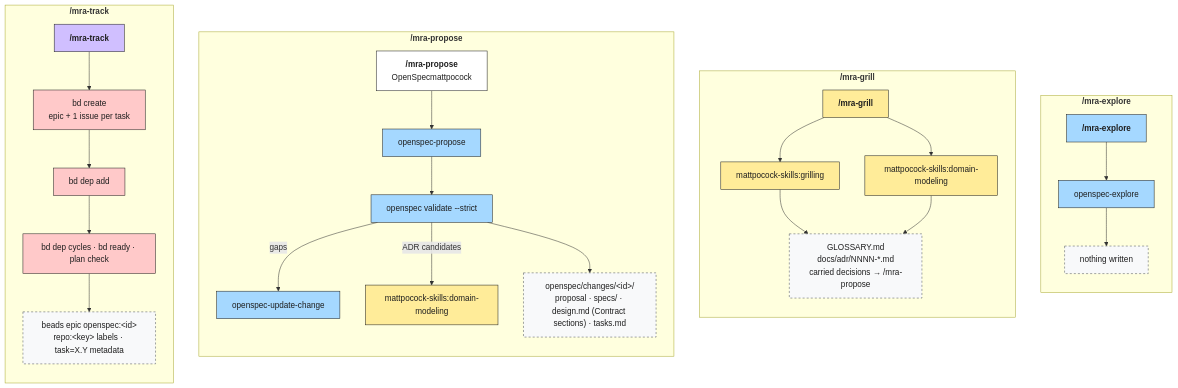
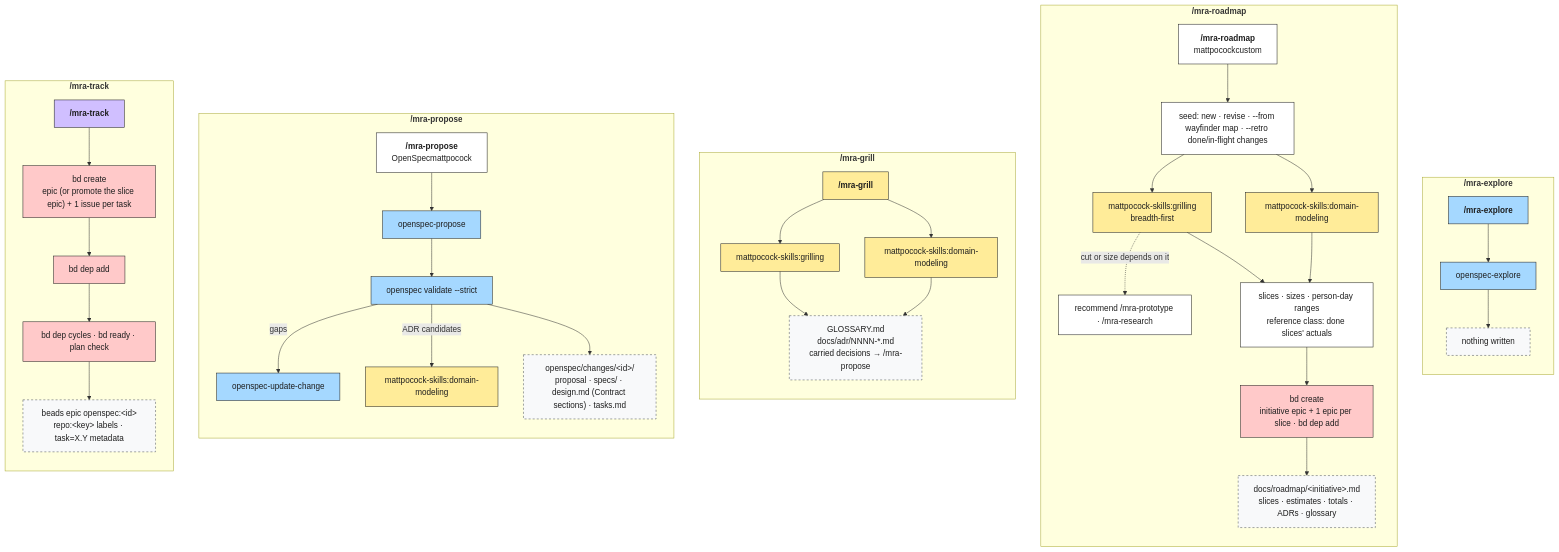
The second of 5 diagrams in payload/orchestrator/.mra-flow/docs/mra-flow.md (Ancora-Ancora/mra-flow), drawn with Mermaid before and after one commit. The commit also changed other lines of this file and 15 other files, not shown here.

First line of the commit message:
Add /mra-roadmap: initiative roadmap with estimated slices

````diff
--- a/payload/orchestrator/.mra-flow/docs/mra-flow.md
+++ b/payload/orchestrator/.mra-flow/docs/mra-flow.md
@@ -89,42 +101,53 @@
 ```mermaid
 %%{init: {"themeCSS": ".t{font-size:1.25em;font-weight:700} .bos,.bsp,.bmp,.bcu{padding:2px 6px} .bos{background:#a5d8ff} .bsp{background:#b2f2bb} .bmp{background:#ffec99} .bcu{background:#d0bfff}"}}%%
 flowchart TB
     classDef phase fill:#d0bfff,stroke:#1e1e1e,color:#1e1e1e
     classDef oswrap fill:#a5d8ff,stroke:#1e1e1e,color:#1e1e1e
     classDef striped fill:#ffffff,stroke:#1e1e1e,color:#1e1e1e
     classDef stripedopt fill:#ffffff,stroke:#1e1e1e,stroke-dasharray:5 5,color:#1e1e1e
     classDef spwrap fill:#b2f2bb,stroke:#1e1e1e,color:#1e1e1e
     classDef mpwrap fill:#ffec99,stroke:#1e1e1e,color:#1e1e1e
     classDef sp fill:#b2f2bb,stroke:#1e1e1e,color:#1e1e1e
     classDef mp fill:#ffec99,stroke:#1e1e1e,color:#1e1e1e
     classDef os fill:#a5d8ff,stroke:#1e1e1e,color:#1e1e1e
     classDef bd fill:#ffc9c9,stroke:#1e1e1e,color:#1e1e1e
     classDef art fill:#f8f9fa,stroke:#495057,stroke-dasharray:4 4,color:#1e1e1e
+    classDef step fill:#ffffff,stroke:#1e1e1e,color:#1e1e1e
 
     subgraph EX["<b class='t'>/mra-explore</b>"]
         direction TB
         ex["<b class='t'>/mra-explore</b>"]:::oswrap --> ex1["openspec-explore"]:::os
         ex1 --> exA["nothing written"]:::art
+    end
+    subgraph RM["<b class='t'>/mra-roadmap</b>"]
+        direction TB
+        rm["<b class='t'>/mra-roadmap</b><br/><span class='bmp'>mattpocock</span><span class='bcu'>custom</span>"]:::striped --> rm0["seed: new · revise · --from wayfinder map · --retro done/in-flight changes"]:::step
+        rm0 --> rm1["mattpocock-skills:grilling<br/>breadth-first"]:::mp
+        rm0 --> rm2["mattpocock-skills:domain-modeling"]:::mp
+        rm1 -. "cut or size depends on it" .-> rm5["recommend /mra-prototype · /mra-research"]:::step
+        rm1 & rm2 --> rm3["slices · sizes · person-day ranges<br/>reference class: done slices' actuals"]:::step
+        rm3 --> rm4["bd create<br/>initiative epic + 1 epic per slice · bd dep add"]:::bd
+        rm4 --> rmA["docs/roadmap/#lt;initiative#gt;.md<br/>slices · estimates · totals · ADRs · glossary"]:::art
     end
     subgraph GR["<b class='t'>/mra-grill</b>"]
         direction TB
         gr["<b class='t'>/mra-grill</b>"]:::mpwrap --> gr1["mattpocock-skills:grilling"]:::mp
         gr --> gr2["mattpocock-skills:domain-modeling"]:::mp
         gr1 & gr2 --> grA["GLOSSARY.md<br/>docs/adr/NNNN-*.md<br/>carried decisions → /mra-propose"]:::art
     end
     subgraph PR["<b class='t'>/mra-propose</b>"]
         direction TB
         pr["<b class='t'>/mra-propose</b><br/><span class='bos'>OpenSpec</span><span class='bmp'>mattpocock</span>"]:::striped --> pr1["openspec-propose"]:::os
         pr1 --> pr2["openspec validate --strict"]:::os
         pr2 -- gaps --> pr3["openspec-update-change"]:::os
         pr2 -- ADR candidates --> pr4["mattpocock-skills:domain-modeling"]:::mp
         pr2 --> prA["openspec/changes/#lt;id#gt;/<br/>proposal · specs/ · design.md (Contract sections) · tasks.md"]:::art
     end
     subgraph TR["<b class='t'>/mra-track</b>"]
         direction TB
-        tr["<b class='t'>/mra-track</b>"]:::phase --> tr1["bd create<br/>epic + 1 issue per task"]:::bd
+        tr["<b class='t'>/mra-track</b>"]:::phase --> tr1["bd create<br/>epic (or promote the slice epic) + 1 issue per task"]:::bd
         tr1 --> tr2["bd dep add"]:::bd
         tr2 --> tr3["bd dep cycles · bd ready · plan check"]:::bd
         tr3 --> trA["beads epic openspec:#lt;id#gt;<br/>repo:#lt;key#gt; labels · task=X.Y metadata"]:::art
     end
 ```
````
